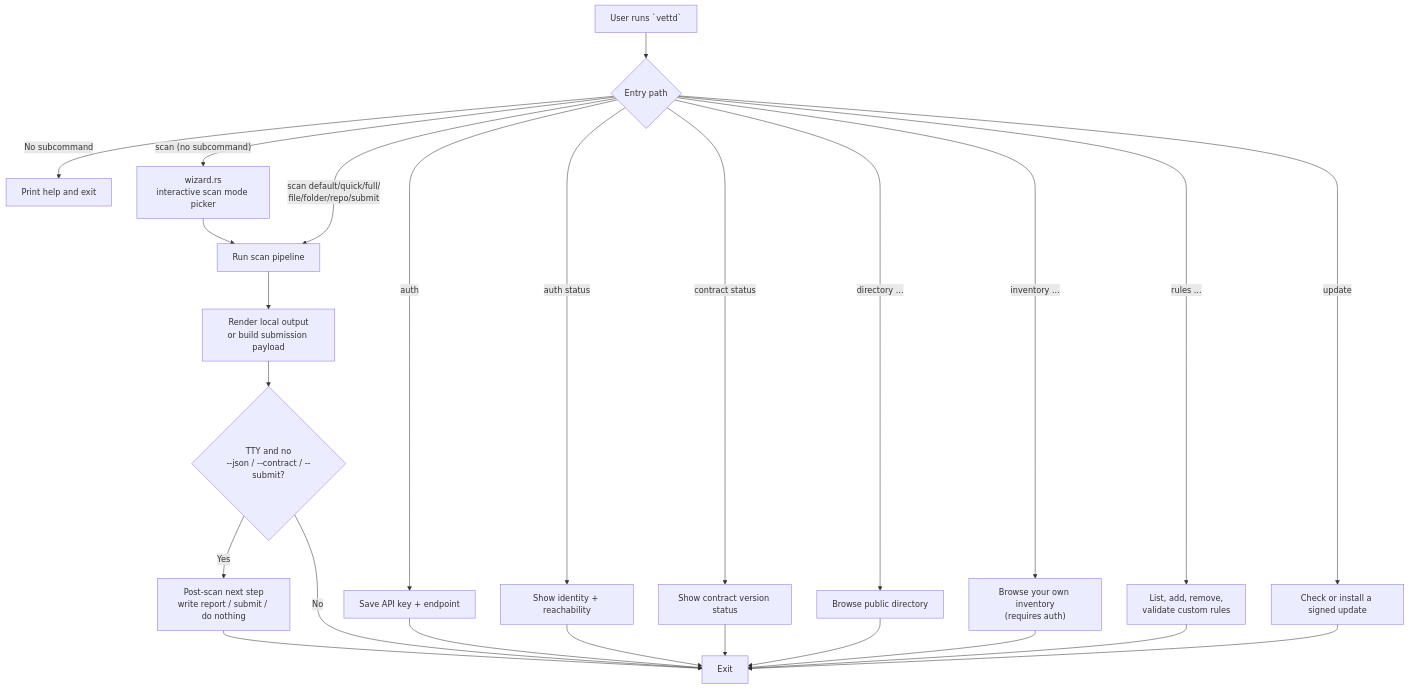
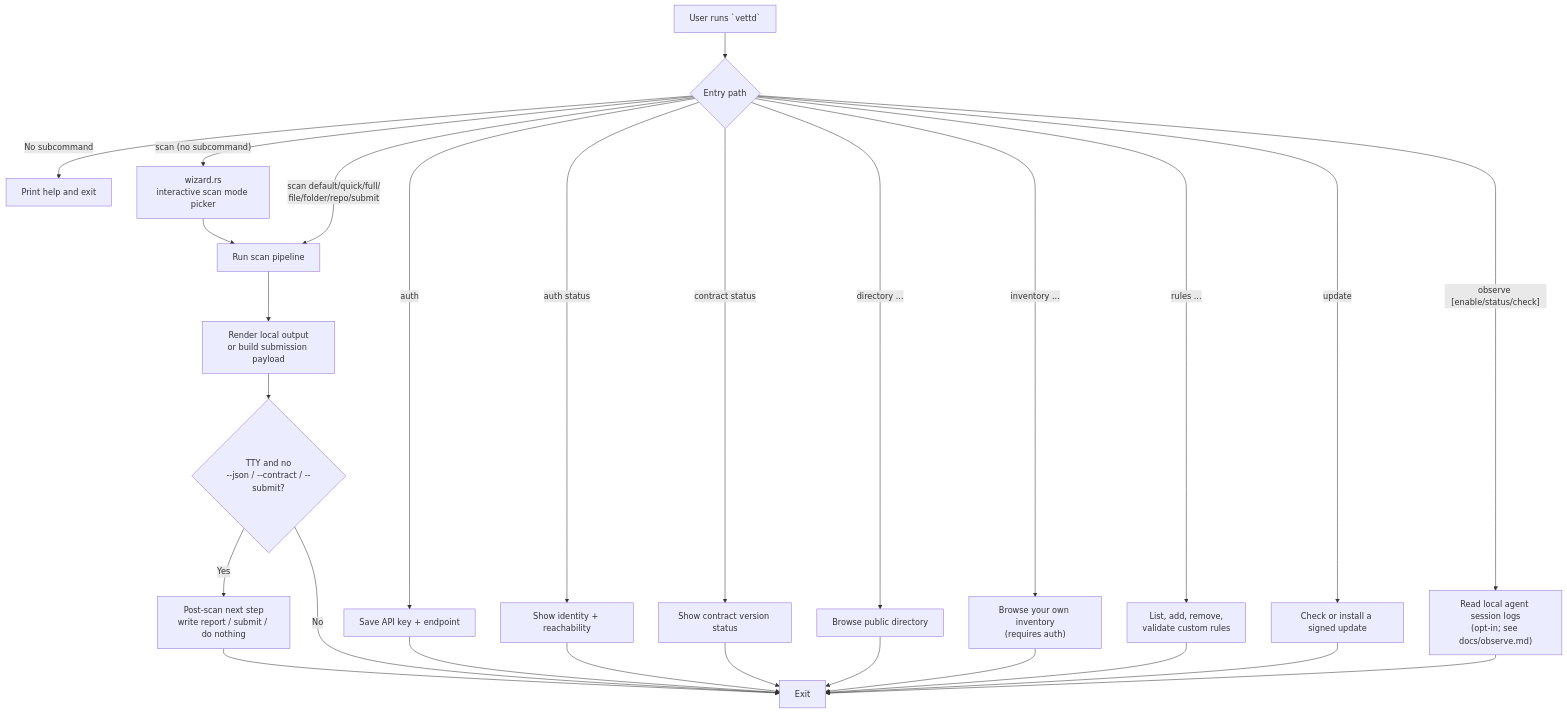
The first of 5 diagrams in docs/user-flows.md (AgenticHighway/vettd-cli), drawn with Mermaid before and after one commit. The commit also changed other lines of this file and 9 other files, not shown here.

````diff
--- a/docs/user-flows.md
+++ b/docs/user-flows.md
@@ -8,28 +8,30 @@
 ```mermaid
 flowchart TD
     Start["User runs `vettd`"] --> Choice{"Entry path"}
     Choice -->|"No subcommand"| Help["Print help and exit"]
     Choice -->|"scan (no subcommand)"| Wizard["wizard.rs\ninteractive scan mode picker"]
     Choice -->|"scan default/quick/full/\nfile/folder/repo/submit"| Scan["Run scan pipeline"]
     Choice -->|"auth"| Auth["Save API key + endpoint"]
     Choice -->|"auth status"| AuthStatus["Show identity + reachability"]
     Choice -->|"contract status"| ContractStatus["Show contract version status"]
     Choice -->|"directory ..."| Directory["Browse public directory"]
     Choice -->|"inventory ..."| Inventory["Browse your own inventory\n(requires auth)"]
     Choice -->|"rules ..."| Rules["List, add, remove,\nvalidate custom rules"]
     Choice -->|"update"| Update["Check or install a signed update"]
+    Choice -->|"observe [enable/status/check]"| Observe["Read local agent session logs\n(opt-in; see docs/observe.md)"]
 
     Wizard --> Scan
     Scan --> Output["Render local output\nor build submission payload"]
     Output --> Next{"TTY and no\n--json / --contract / --submit?"}
     Next -->|"Yes"| Prompt["Post-scan next step\nwrite report / submit / do nothing"]
     Next -->|"No"| End["Exit"]
     Auth --> End
     AuthStatus --> End
     ContractStatus --> End
     Directory --> End
     Inventory --> End
     Rules --> End
     Update --> End
+    Observe --> End
     Prompt --> End
 ```
````
